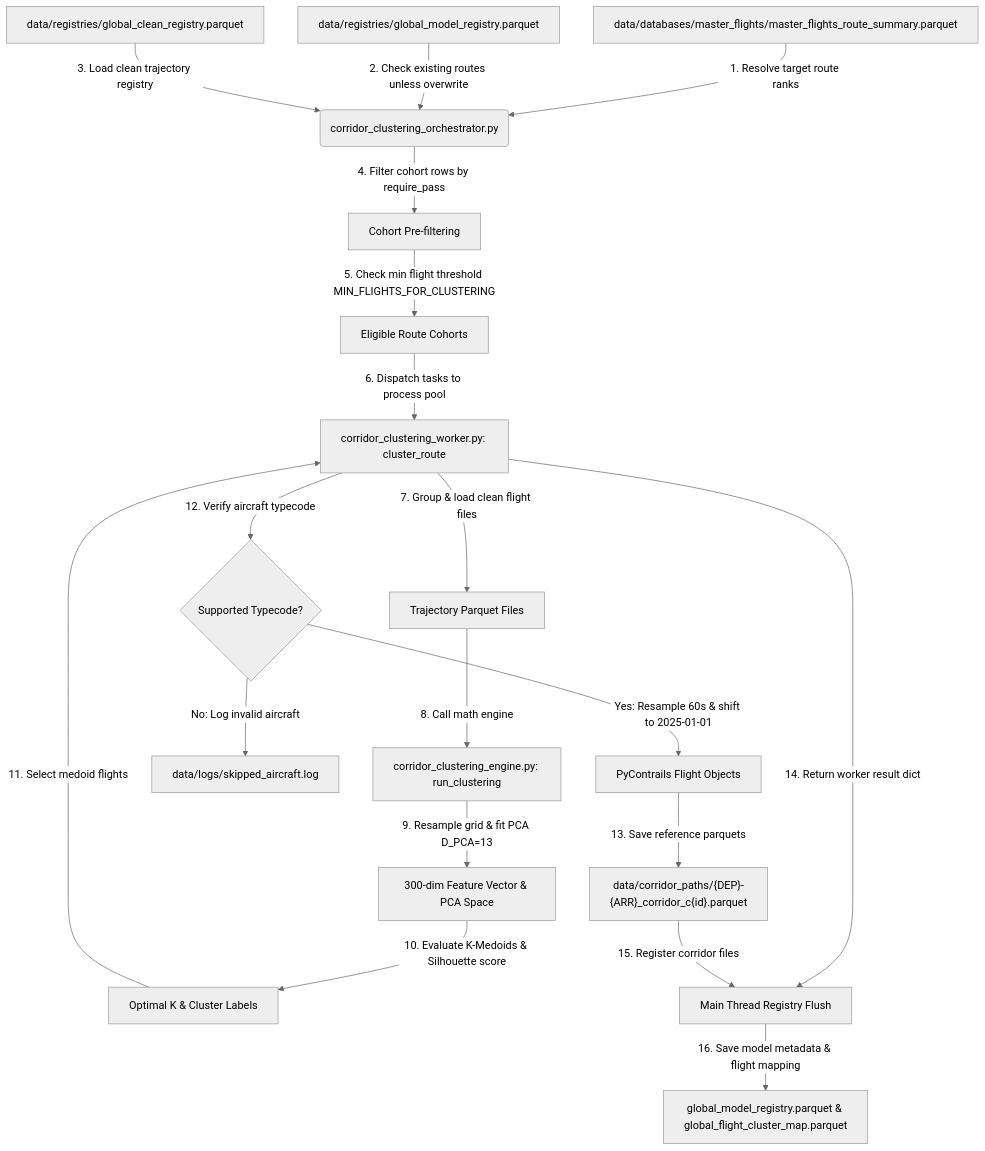
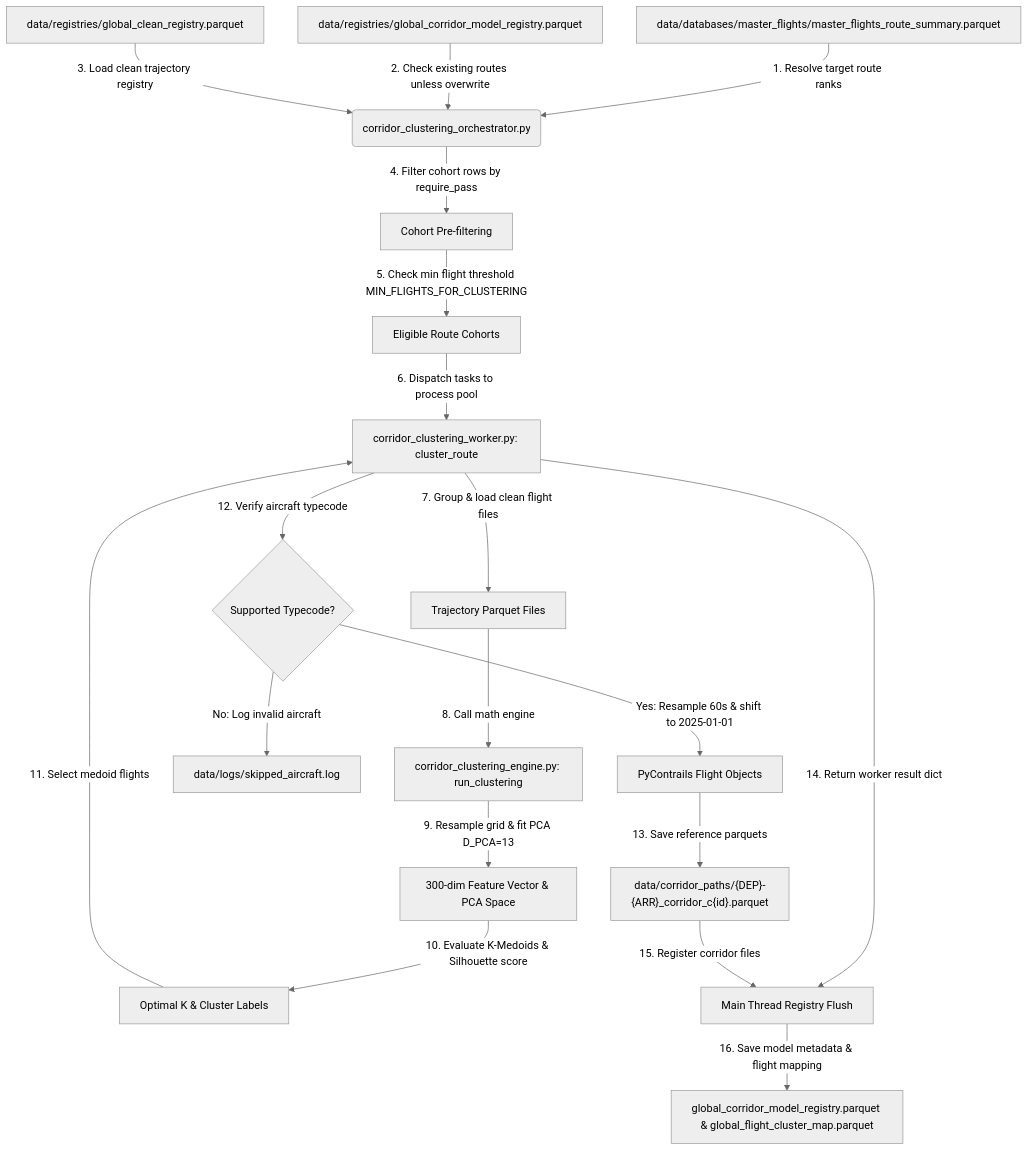
One commit to Bauzement123/flight-physics-pipeline changed the first of 2 diagrams in src/core/corridor/README.md. Above: the diagram before and after it, drawn with Mermaid (neutral theme). The commit also changed other lines of this file and 16 other files, not shown here.

````diff
--- a/src/core/corridor/README.md
+++ b/src/core/corridor/README.md
@@ -80,27 +80,27 @@
 ```mermaid
 graph TD
     A[data/databases/master_flights/master_flights_route_summary.parquet] -->|1. Resolve target route ranks| B(corridor_clustering_orchestrator.py)
-    C[data/registries/global_model_registry.parquet] -->|2. Check existing routes unless overwrite| B
+    C[data/registries/global_corridor_model_registry.parquet] -->|2. Check existing routes unless overwrite| B
     D[data/registries/global_clean_registry.parquet] -->|3. Load clean trajectory registry| B
     
     B -->|4. Filter cohort rows by require_pass| E[Cohort Pre-filtering]
     E -->|5. Check min flight threshold MIN_FLIGHTS_FOR_CLUSTERING| F[Eligible Route Cohorts]
     
     F -->|6. Dispatch tasks to process pool| G[corridor_clustering_worker.py: cluster_route]
     G -->|7. Group & load clean flight files| H[Trajectory Parquet Files]
     
     H -->|8. Call math engine| I[corridor_clustering_engine.py: run_clustering]
     I -->|9. Resample grid & fit PCA D_PCA=13| J[300-dim Feature Vector & PCA Space]
     J -->|10. Evaluate K-Medoids & Silhouette score| K[Optimal K & Cluster Labels]
     
     K -->|11. Select medoid flights| G
     G -->|12. Verify aircraft typecode| L{Supported Typecode?}
     L -->|No: Log invalid aircraft| M[data/logs/skipped_aircraft.log]
     
     L -->|Yes: Resample 60s & shift to 2025-01-01| N[PyContrails Flight Objects]
     N -->|13. Save reference parquets| O["data/corridor_paths/{DEP}-{ARR}_corridor_c{id}.parquet"]
     
     G -->|14. Return worker result dict| P[Main Thread Registry Flush]
     O -->|15. Register corridor files| P
-    P -->|16. Save model metadata & flight mapping| Q[global_model_registry.parquet & global_flight_cluster_map.parquet]
+    P -->|16. Save model metadata & flight mapping| Q[global_corridor_model_registry.parquet & global_flight_cluster_map.parquet]
 ```
````
